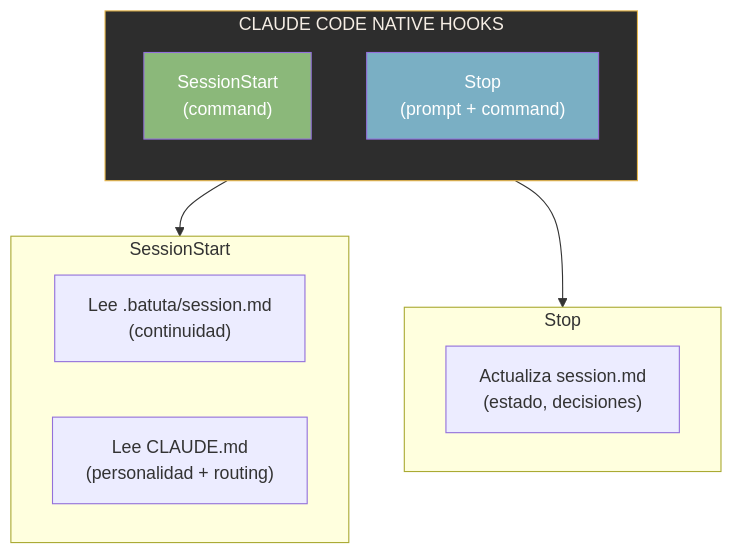
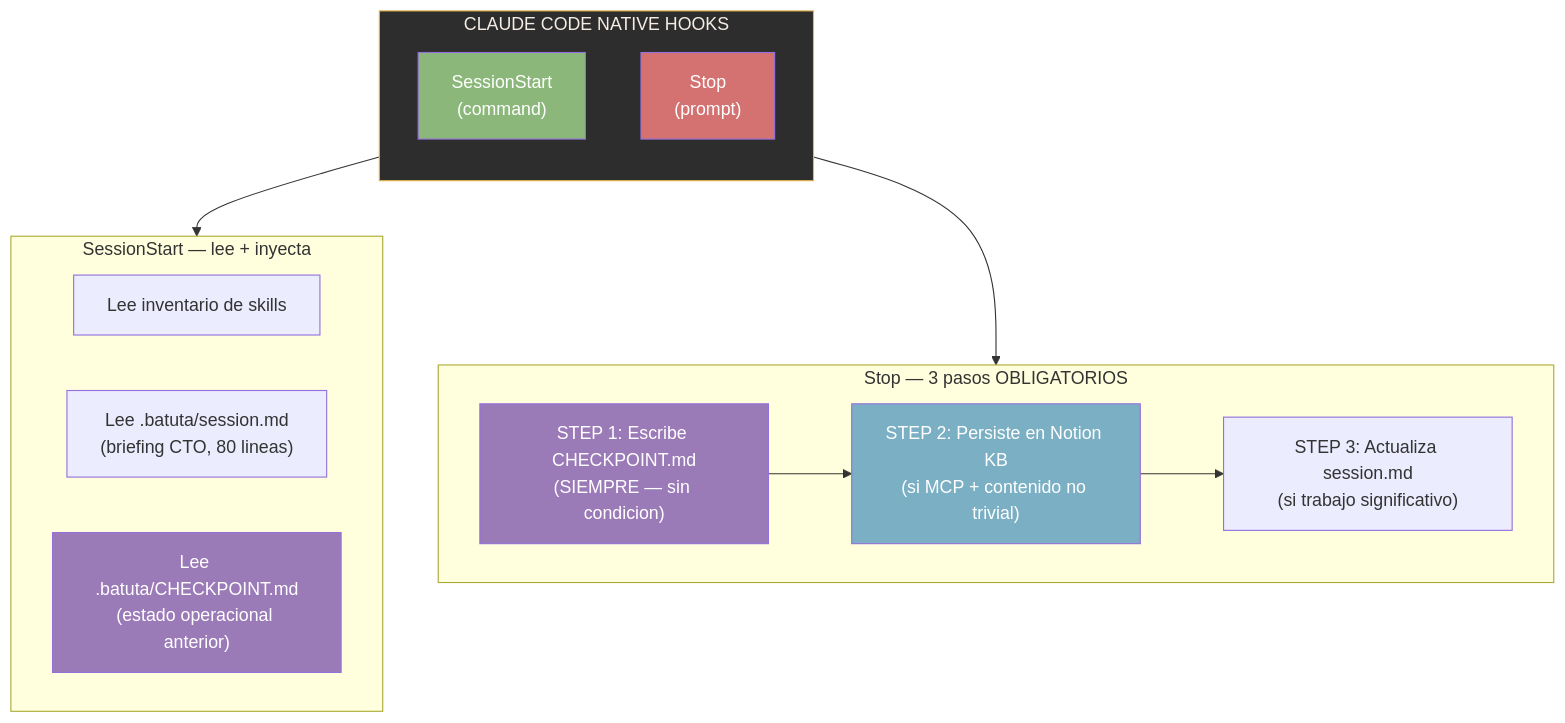
Before and after one commit to jota-batuta/batuta-dots: diagram 21 of 31 in docs/architecture/arquitectura-diagrama.md, drawn with Mermaid. The commit also changed other lines of this file and 3 other files, not shown here.

````diff
--- a/docs/architecture/arquitectura-diagrama.md
+++ b/docs/architecture/arquitectura-diagrama.md
@@ -903,24 +923,31 @@
 ```mermaid
 flowchart TD
     subgraph HOOKS["CLAUDE CODE NATIVE HOOKS"]
         direction TB
         SS["SessionStart<br/>(command)"]
-        STOP["Stop<br/>(prompt + command)"]
+        STOP["Stop<br/>(prompt)"]
     end
 
-    subgraph SS_ACTIONS["SessionStart"]
-        READ_SESSION["Lee .batuta/session.md<br/>(continuidad)"]
-        READ_CLAUDE["Lee CLAUDE.md<br/>(personalidad + routing)"]
+    subgraph SS_ACTIONS["SessionStart — lee + inyecta"]
+        READ_SKILLS["Lee inventario de skills"]
+        READ_SESSION["Lee .batuta/session.md<br/>(briefing CTO, 80 lineas)"]
+        READ_CP["Lee .batuta/CHECKPOINT.md<br/>(estado operacional anterior)"]
     end
 
-    subgraph STOP_ACTIONS["Stop"]
-        UPDATE_SESSION["Actualiza session.md<br/>(estado, decisiones)"]
+    subgraph STOP_ACTIONS["Stop — 3 pasos OBLIGATORIOS"]
+        STEP1["STEP 1: Escribe CHECKPOINT.md<br/>(SIEMPRE — sin condicion)"]
+        STEP2["STEP 2: Persiste en Notion KB<br/>(si MCP + contenido no trivial)"]
+        STEP3["STEP 3: Actualiza session.md<br/>(si trabajo significativo)"]
     end
 
     SS --> SS_ACTIONS
     STOP --> STOP_ACTIONS
+    STEP1 --> STEP2 --> STEP3
 
     style HOOKS fill:#2d2d2d,stroke:#E8B84D,color:#F5EDE4
     style SS fill:#8BB87A,color:#fff
-    style STOP fill:#7AAFC4,color:#fff
+    style STOP fill:#D47272,color:#fff
+    style READ_CP fill:#9B7AB8,color:#fff
+    style STEP1 fill:#9B7AB8,color:#fff
+    style STEP2 fill:#7AAFC4,color:#fff
 ```
````
